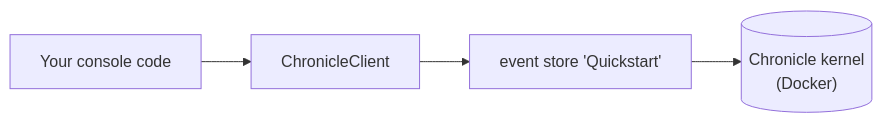
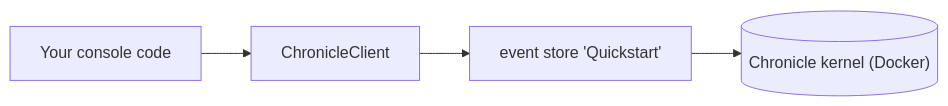
The diagram in Documentation/get-started/console.md (Cratis/Chronicle), drawn with Mermaid before and after one commit. The commit also changed other lines of this file and 43 other files, not shown here.

````diff
--- a/Documentation/get-started/console.md
+++ b/Documentation/get-started/console.md
@@ -47,6 +47,6 @@
 ```mermaid
 flowchart LR
     Code["Your console code"] --> Client["ChronicleClient"]
     Client --> ES["event store 'Quickstart'"]
-    ES --> Kernel[("Chronicle kernel<br/>(Docker)")]
+    ES --> Kernel[("Chronicle kernel (Docker)")]
 ```
````
